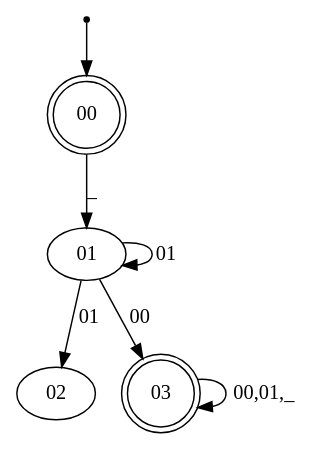
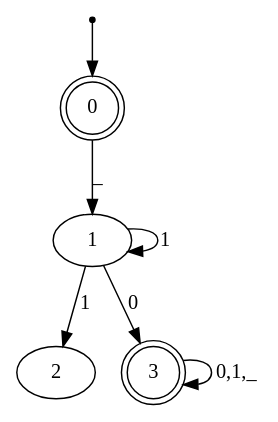
One commit to ValenButtignol/project-automata changed the diagram in automaton.dot. Above: the diagram before and after it, drawn with Graphviz. The commit also changed 17 other files, not shown here.

```diff
--- a/automaton.dot
+++ b/automaton.dot
@@ -1,11 +1,11 @@
 digraph{
 inic[shape=point];
-inic->00;
-00->01 [label="_"];
-01->02 [label="01"];
-01->01 [label="01"];
-01->03 [label="00"];
-03->03 [label="00,01,_"];
-00[shape=doublecircle];
-03[shape=doublecircle];
+inic->0;
+0->1 [label="_"];
+1->2 [label="1"];
+1->1 [label="1"];
+1->3 [label="0"];
+3->3 [label="0,1,_"];
+0[shape=doublecircle];
+3[shape=doublecircle];
 }
```
